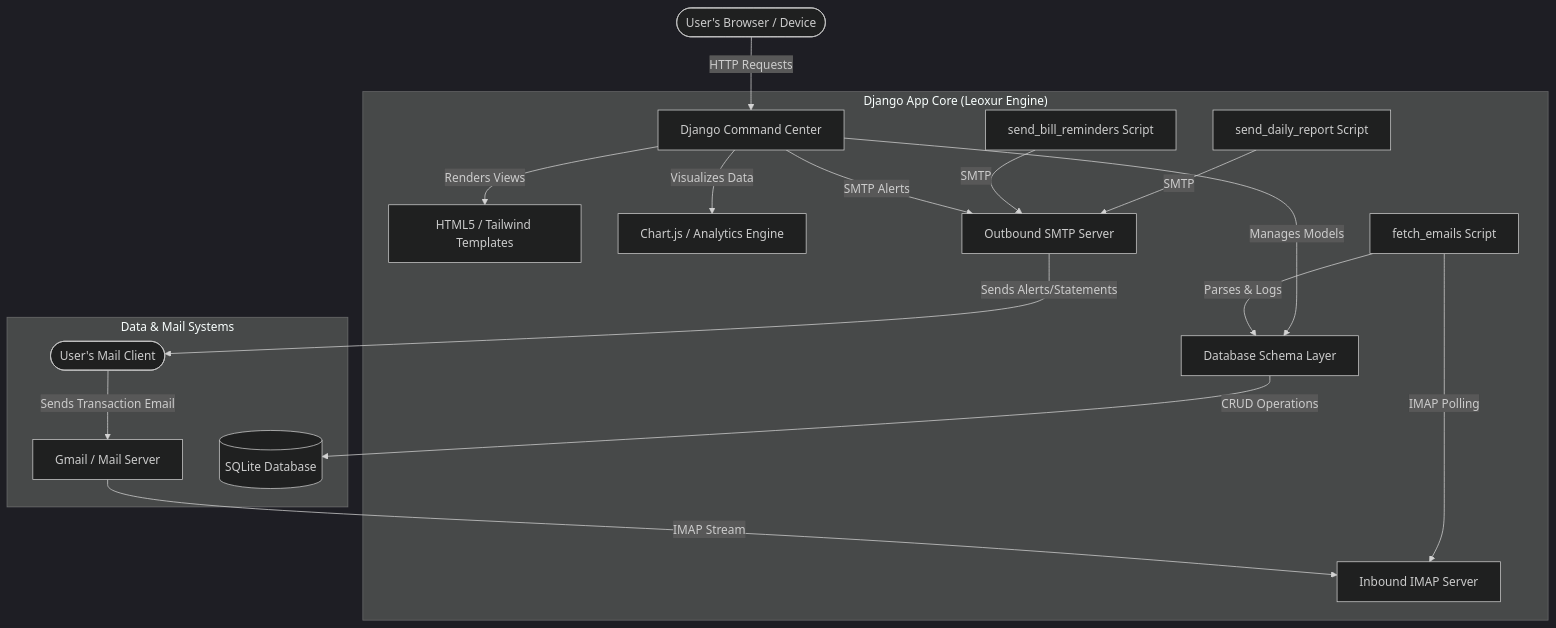
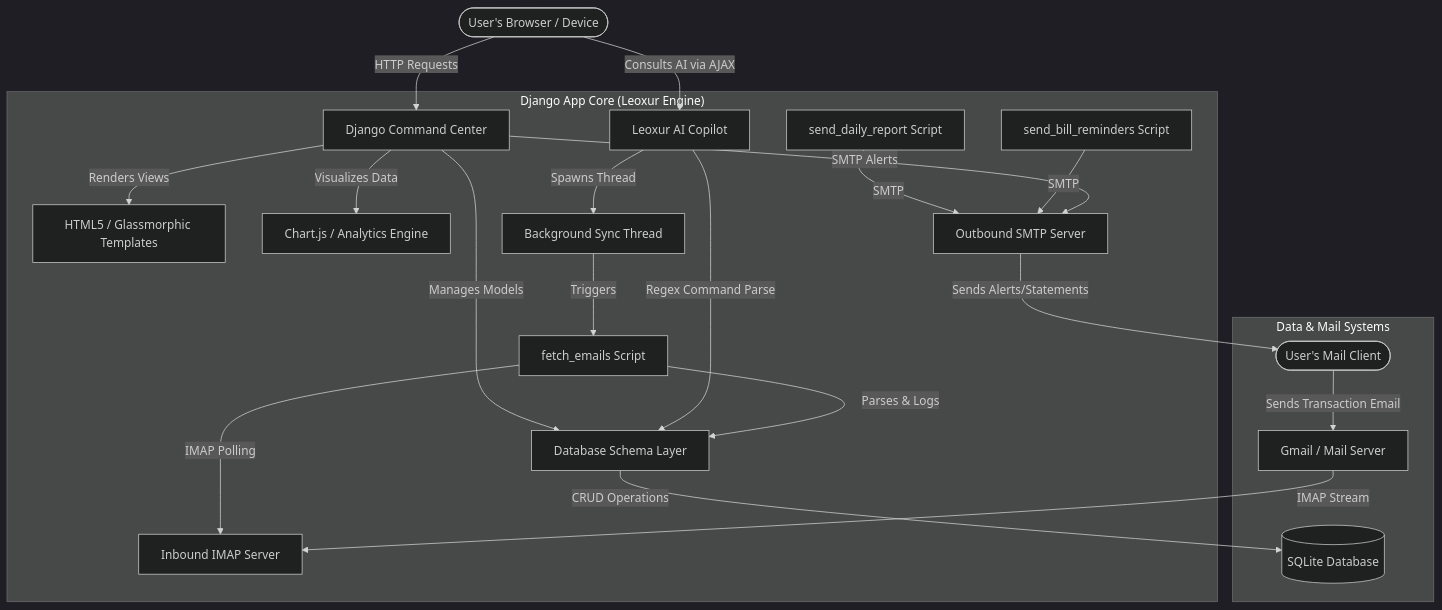
One commit to leoxurDev/LeoxurIncomeTracker changed the diagram in README.md. Above: the diagram before and after it, drawn with Mermaid (dark theme). The commit also changed other lines of this file and 6 other files, not shown here.

Commit message:
Update documentation, Swiss typography, light mode glassmorphism, high contrast charts, and email layout styles

````diff
--- a/README.md
+++ b/README.md
@@ -56,24 +77,29 @@
 ```mermaid
 graph TD
     User([User's Browser / Device]) -->|HTTP Requests| Shell[Django Command Center]
+    User -->|Consults AI via AJAX| Copilot[Leoxur AI Copilot]
     EmailClient([User's Mail Client]) -->|Sends Transaction Email| Gmail[Gmail / Mail Server]
     
     subgraph "Django App Core (Leoxur Engine)"
         Shell -->|Manages Models| Models[Database Schema Layer]
-        Shell -->|Renders Views| Views[HTML5 / Tailwind Templates]
+        Shell -->|Renders Views| Views[HTML5 / Glassmorphic Templates]
         Shell -->|Visualizes Data| Charts[Chart.js / Analytics Engine]
+        
+        Copilot -->|Regex Command Parse| Models
+        Copilot -->|Spawns Thread| BackgroundSync[Background Sync Thread]
         
         CronReport[send_daily_report Script] -->|SMTP| MailOut[Outbound SMTP Server]
         CronReminders[send_bill_reminders Script] -->|SMTP| MailOut
         Shell -->|SMTP Alerts| MailOut
         
         IMAPParser[fetch_emails Script] -->|IMAP Polling| MailIn[Inbound IMAP Server]
         IMAPParser -->|Parses & Logs| Models
+        BackgroundSync -->|Triggers| IMAPParser
     end
 
     subgraph "Data & Mail Systems"
         Models -->|CRUD Operations| DB[(SQLite Database)]
         MailOut -->|Sends Alerts/Statements| EmailClient
         Gmail -->|IMAP Stream| MailIn
     end
 ```
````
